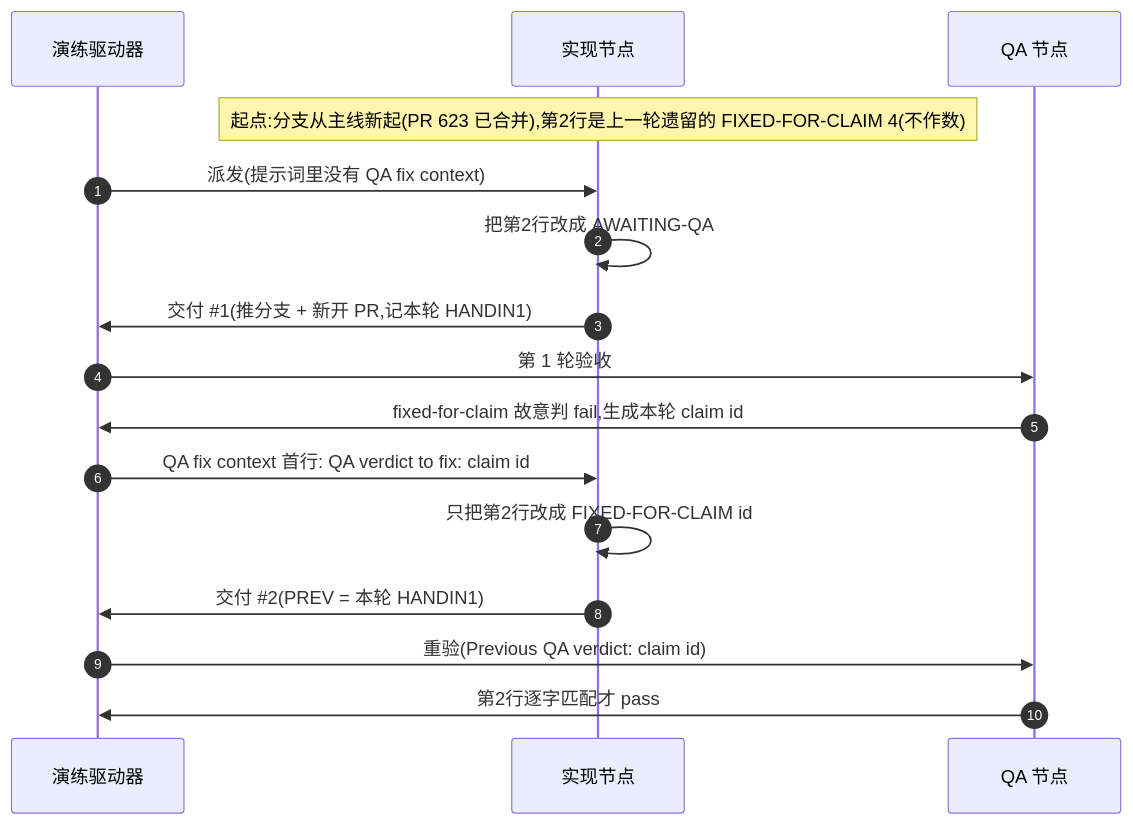
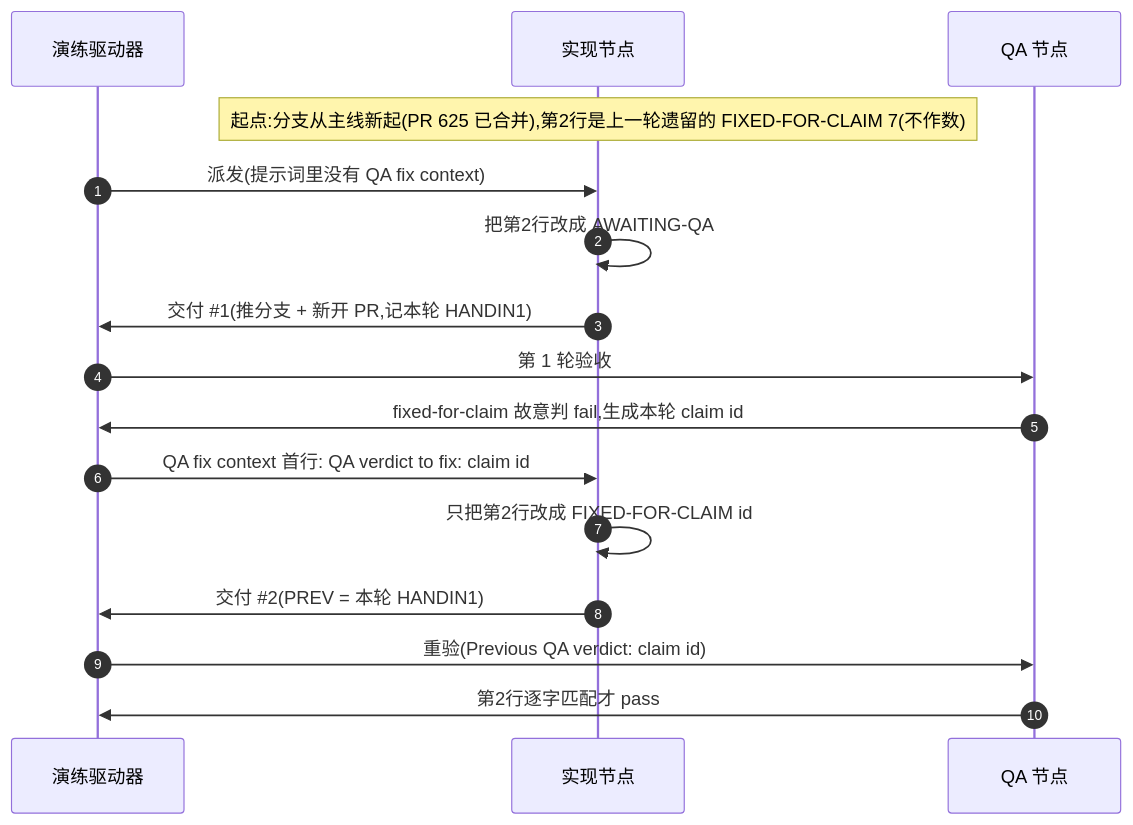
The diagram in engineering/doc/FLY-3228-real-runner-drill/d1-core-flow.mmd (xrliAnnie/flywheel-qa-sandbox), drawn with Mermaid before and after one commit. The commit also changed 7 other files, not shown here.

```diff
--- a/engineering/doc/FLY-3228-real-runner-drill/d1-core-flow.mmd
+++ b/engineering/doc/FLY-3228-real-runner-drill/d1-core-flow.mmd
@@ -1,16 +1,16 @@
 sequenceDiagram
     autonumber
     participant D as 演练驱动器
     participant I as 实现节点
     participant Q as QA 节点
-    Note over I: 起点:分支从主线新起(PR 623 已合并),第2行是上一轮遗留的 FIXED-FOR-CLAIM 4(不作数)
+    Note over I: 起点:分支从主线新起(PR 625 已合并),第2行是上一轮遗留的 FIXED-FOR-CLAIM 7(不作数)
     D->>I: 派发(提示词里没有 QA fix context)
     I->>I: 把第2行改成 AWAITING-QA
     I->>D: 交付 #35;1(推分支 + 新开 PR,记本轮 HANDIN1)
     D->>Q: 第 1 轮验收
     Q->>D: fixed-for-claim 故意判 fail,生成本轮 claim id
     D->>I: QA fix context 首行: QA verdict to fix: claim id
     I->>I: 只把第2行改成 FIXED-FOR-CLAIM id
     I->>D: 交付 #35;2(PREV = 本轮 HANDIN1)
     D->>Q: 重验(Previous QA verdict: claim id)
     Q->>D: 第2行逐字匹配才 pass
```
